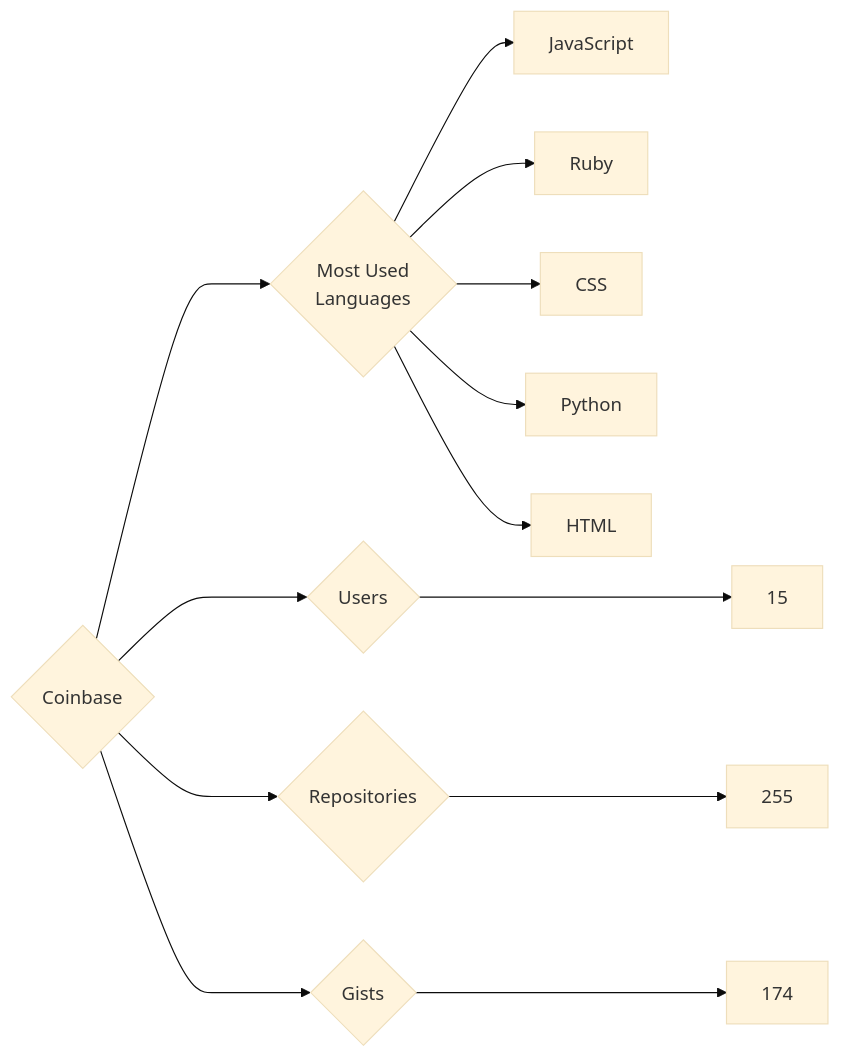
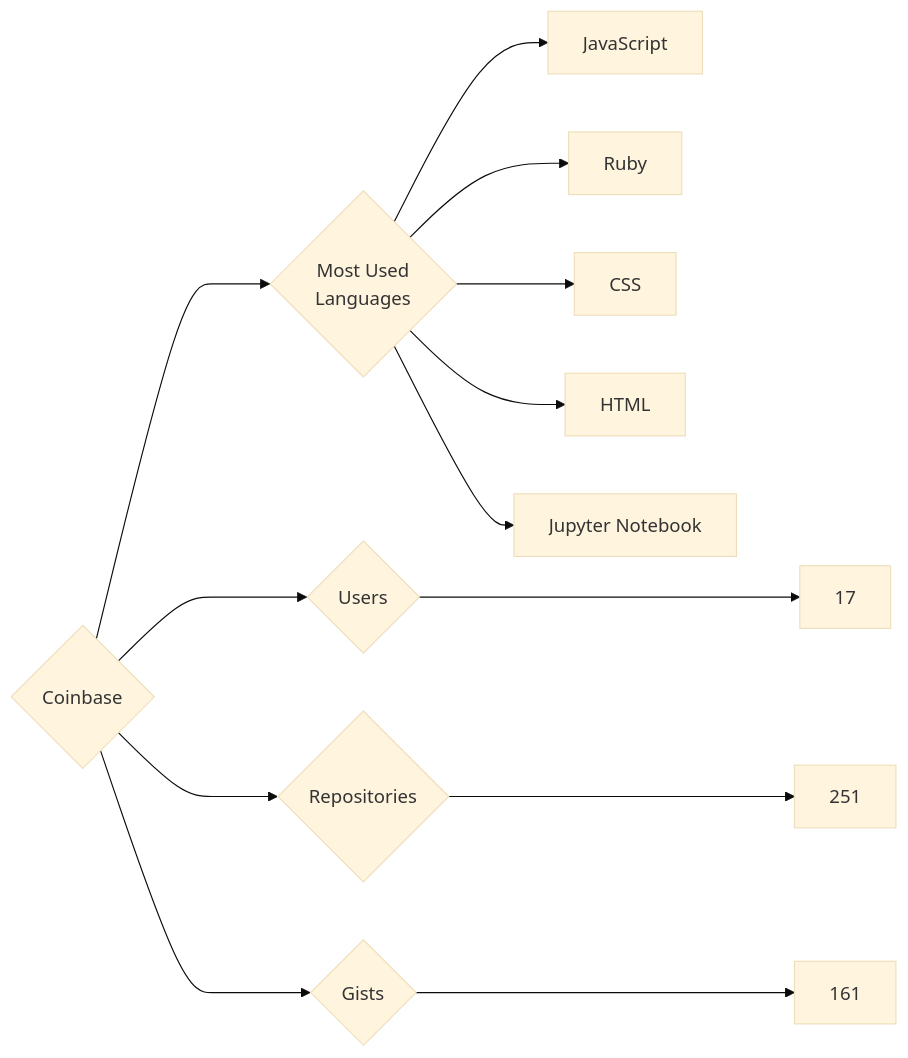
One commit to trickest/insiders changed the diagram in targets/Coinbase/README.md. Above: the diagram before and after it, drawn with Mermaid (base theme). The commit also changed 809 other files, not shown here.

````diff
--- a/targets/Coinbase/README.md
+++ b/targets/Coinbase/README.md
@@ -3,13 +3,13 @@
 ```mermaid
 graph LR
 COMPANY_NAME{Coinbase}
-COMPANY_NAME ---> U{Users} ---> UN[15]
-COMPANY_NAME ---> R{Repositories} ---> RN[255]
-COMPANY_NAME ---> G{Gists} ---> GN[174]
+COMPANY_NAME ---> U{Users} ---> UN[17]
+COMPANY_NAME ---> R{Repositories} ---> RN[251]
+COMPANY_NAME ---> G{Gists} ---> GN[161]
 COMPANY_NAME ---> ML{Most Used<br>Languages}
 ML --> JavaScript[JavaScript]
 ML --> Ruby[Ruby]
 ML --> CSS[CSS]
-ML --> Python[Python]
 ML --> HTML[HTML]
+ML --> Jupyter_Notebook[Jupyter Notebook]
 ```
````
